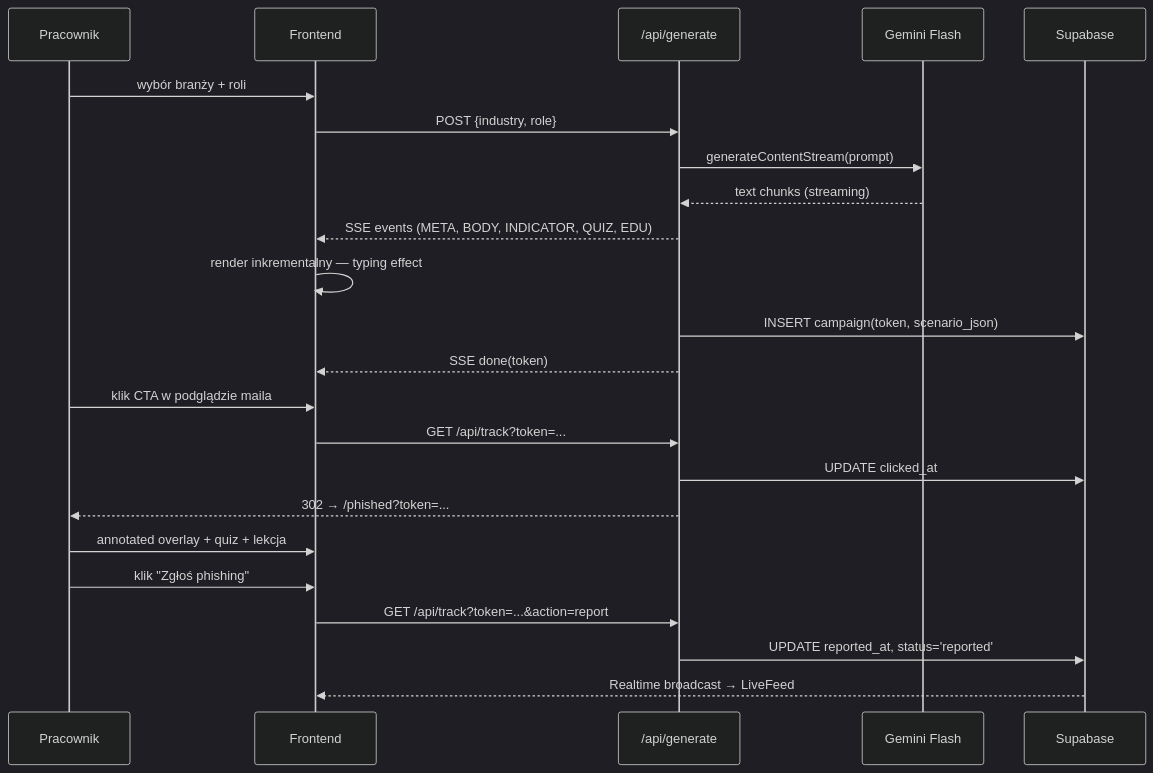
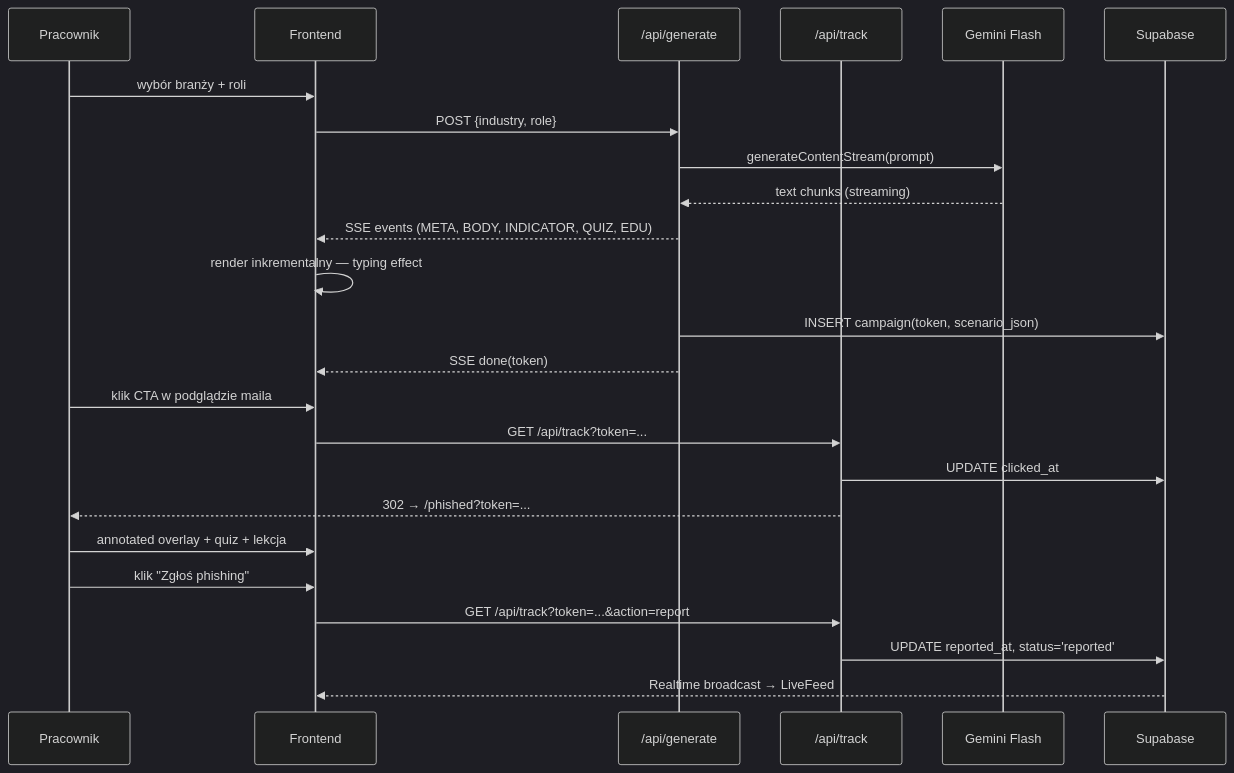
One commit to JachB/CyberDrill changed the second of 2 diagrams in README.md. Above: the diagram before and after it, drawn with Mermaid (dark theme). The commit also changed other lines of this file, not shown here.

Commit message:
README: fix architecture diagrams
- Connect CISO Dashboard to Supabase (reads + realtime)
- Merge LiveFeed into Dashboard node (same /dashboard page)
- Split sequence diagram API actor into separate /api/generate and /api/track

````diff
--- a/README.md
+++ b/README.md
@@ -76,26 +78,27 @@
 ```mermaid
 sequenceDiagram
   participant U as Pracownik
   participant FE as Frontend
-  participant API as /api/generate
+  participant GEN as /api/generate
+  participant TRK as /api/track
   participant AI as Gemini Flash
   participant DB as Supabase
 
   U->>FE: wybór branży + roli
-  FE->>API: POST {industry, role}
-  API->>AI: generateContentStream(prompt)
-  AI-->>API: text chunks (streaming)
-  API-->>FE: SSE events (META, BODY, INDICATOR, QUIZ, EDU)
+  FE->>GEN: POST {industry, role}
+  GEN->>AI: generateContentStream(prompt)
+  AI-->>GEN: text chunks (streaming)
+  GEN-->>FE: SSE events (META, BODY, INDICATOR, QUIZ, EDU)
   FE->>FE: render inkrementalny — typing effect
-  API->>DB: INSERT campaign(token, scenario_json)
-  API-->>FE: SSE done(token)
+  GEN->>DB: INSERT campaign(token, scenario_json)
+  GEN-->>FE: SSE done(token)
   U->>FE: klik CTA w podglądzie maila
-  FE->>API: GET /api/track?token=...
-  API->>DB: UPDATE clicked_at
-  API-->>U: 302 → /phished?token=...
+  FE->>TRK: GET /api/track?token=...
+  TRK->>DB: UPDATE clicked_at
+  TRK-->>U: 302 → /phished?token=...
   U->>FE: annotated overlay + quiz + lekcja
   U->>FE: klik "Zgłoś phishing"
-  FE->>API: GET /api/track?token=...&action=report
-  API->>DB: UPDATE reported_at, status='reported'
+  FE->>TRK: GET /api/track?token=...&action=report
+  TRK->>DB: UPDATE reported_at, status='reported'
   DB-->>FE: Realtime broadcast → LiveFeed
 ```
````
